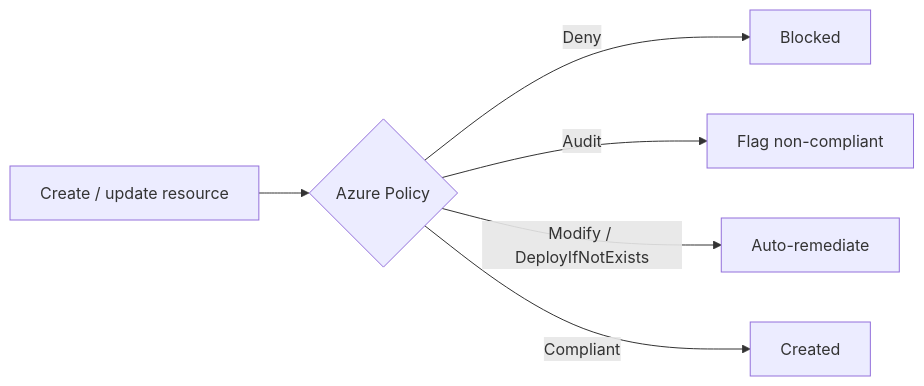
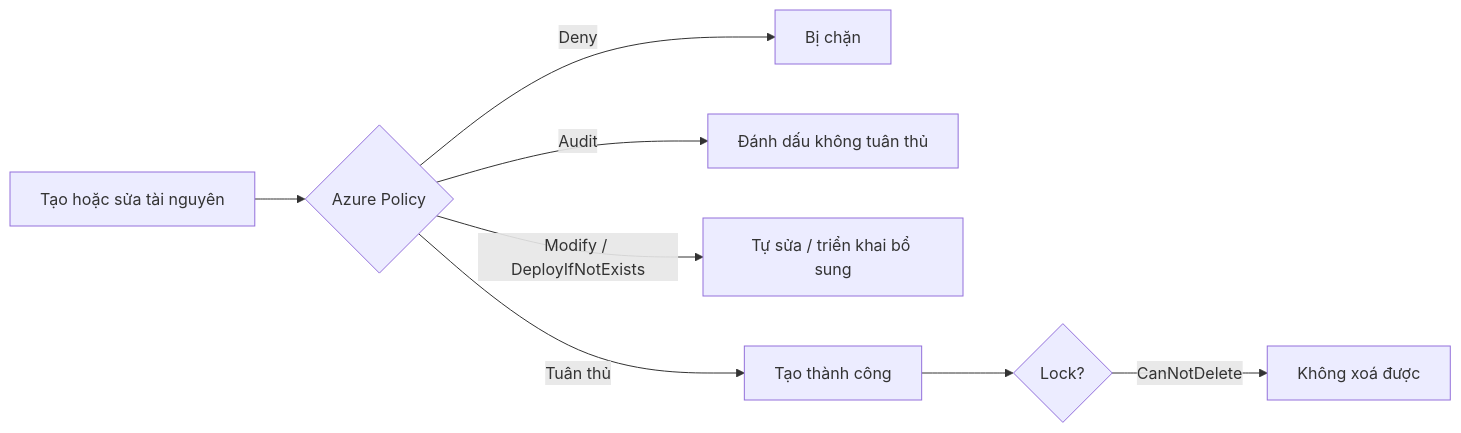
One commit to passion-Infinity/personal-tech-playbook changed the diagram in src/assets/knowledge/playbooks/azure/azure-governance-cost.md. Above: the diagram before and after it, drawn with Mermaid. The commit also changed other lines of this file and 3 other files, not shown here.

````diff
--- a/src/assets/knowledge/playbooks/azure/azure-governance-cost.md
+++ b/src/assets/knowledge/playbooks/azure/azure-governance-cost.md
@@ -16,8 +35,10 @@
 ```mermaid
 flowchart LR
-    REQ[Create / update resource] --> POL{Azure Policy}
-    POL -->|Deny| X[Blocked]
-    POL -->|Audit| LOG[Flag non-compliant]
-    POL -->|Modify / DeployIfNotExists| FIX[Auto-remediate]
-    POL -->|Compliant| OK[Created]
+    REQ["Tạo hoặc sửa tài nguyên"] --> POL{Azure Policy}
+    POL -->|Deny| X["Bị chặn"]
+    POL -->|Audit| LOG["Đánh dấu không tuân thủ"]
+    POL -->|"Modify / DeployIfNotExists"| FIX["Tự sửa / triển khai bổ sung"]
+    POL -->|"Tuân thủ"| OK["Tạo thành công"]
+    OK --> LK{"Lock?"}
+    LK -->|"CanNotDelete"| NOD["Không xoá được"]
 ```
````
